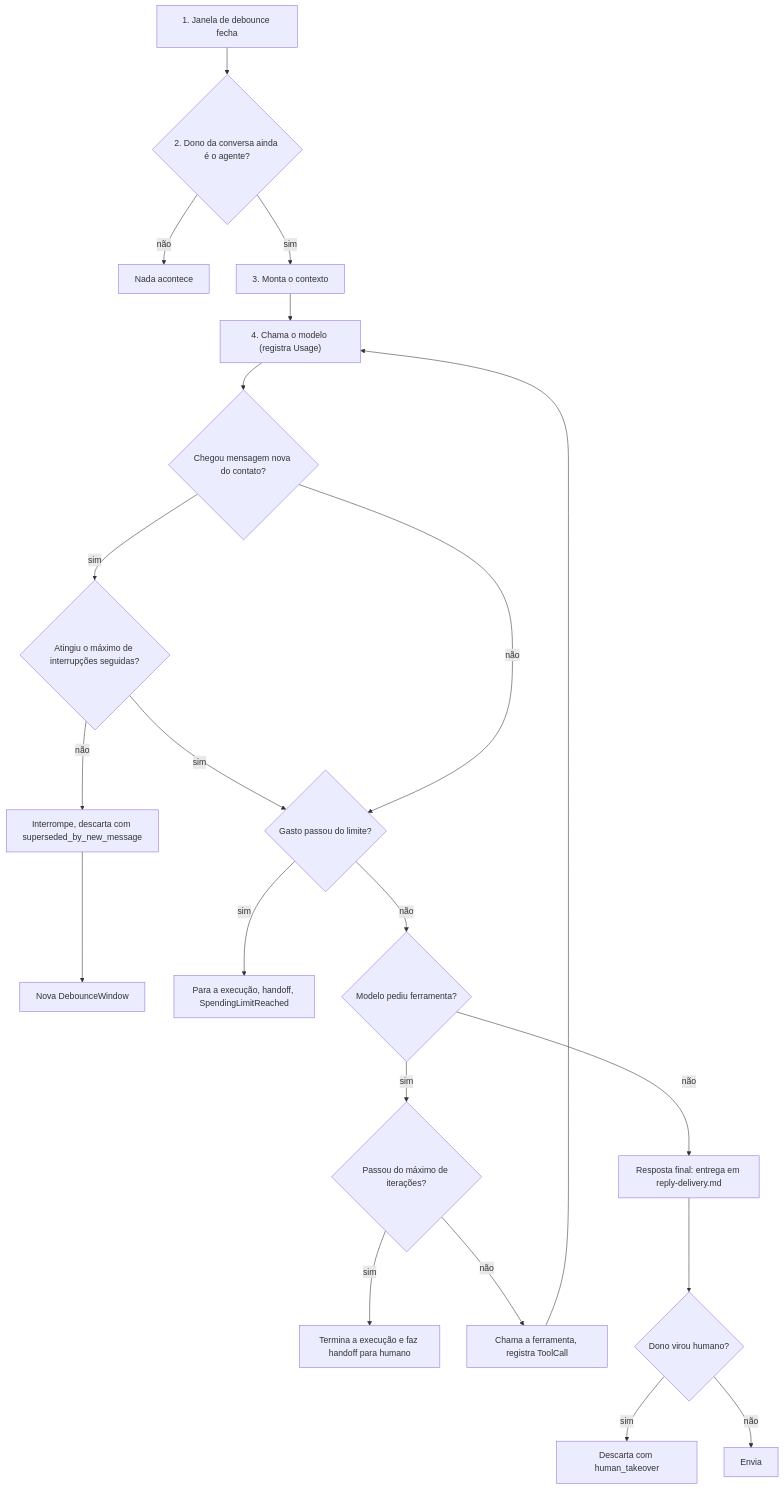
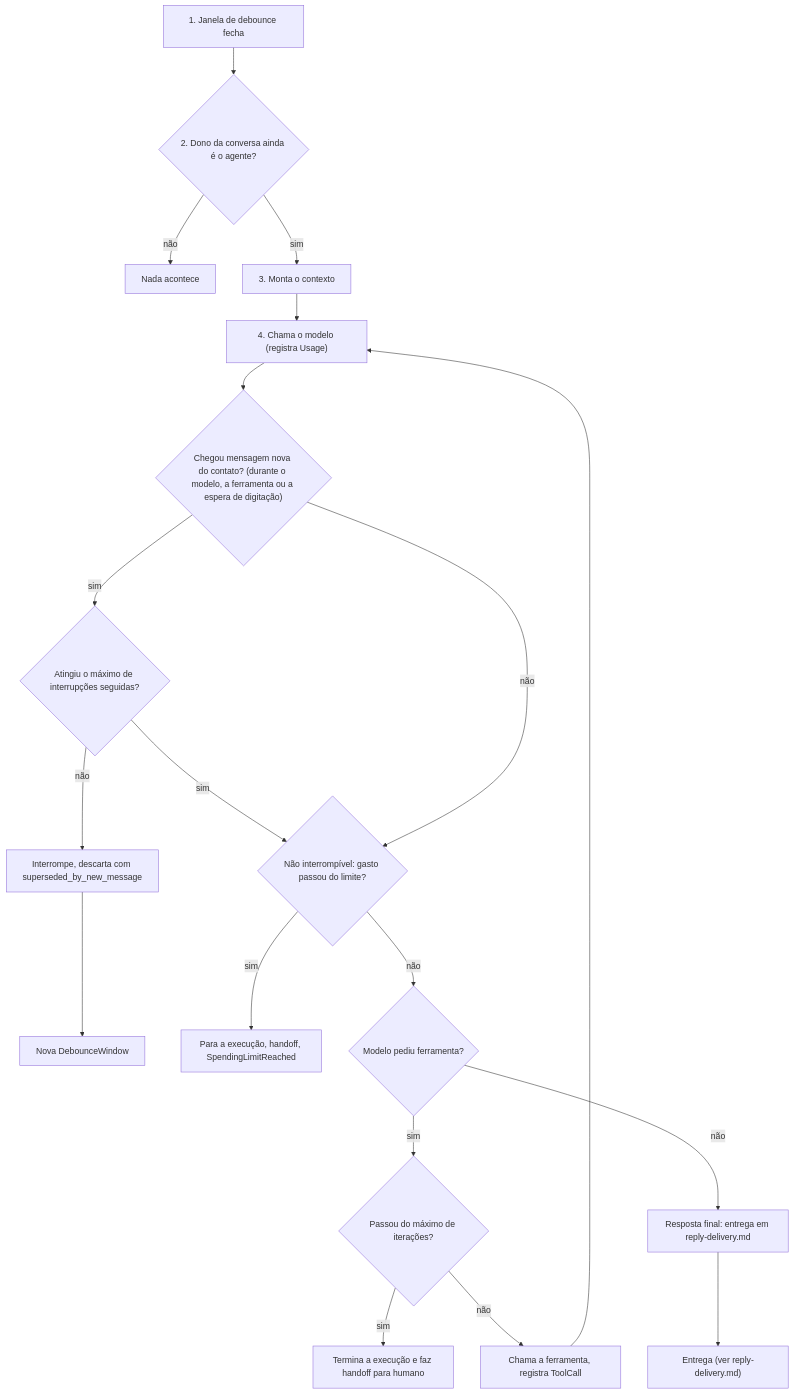
The diagram in documents/processes/agent-run.md (Casmei/agent-desk), drawn with Mermaid before and after one commit. The commit also changed other lines of this file and 2 other files, not shown here.

Commit message:
docs: fix process flow gaps

````diff
--- a/documents/processes/agent-run.md
+++ b/documents/processes/agent-run.md
@@ -27,23 +27,21 @@
 ```mermaid
 flowchart TD
     A["1. Janela de debounce fecha"] --> B{"2. Dono da conversa ainda é o agente?"}
     B -- não --> Z["Nada acontece"]
     B -- sim --> C["3. Monta o contexto"]
     C --> D["4. Chama o modelo (registra Usage)"]
-    D --> E{"Chegou mensagem nova do contato?"}
+    D --> E{"Chegou mensagem nova do contato? (durante o modelo, a ferramenta ou a espera de digitação)"}
     E -- sim --> F{"Atingiu o máximo de interrupções seguidas?"}
     F -- não --> G["Interrompe, descarta com superseded_by_new_message"]
     G --> H["Nova DebounceWindow"]
-    F -- sim --> I{"Gasto passou do limite?"}
+    F -- sim --> I{"Não interrompível: gasto passou do limite?"}
     E -- não --> I
     I -- sim --> J["Para a execução, handoff, SpendingLimitReached"]
     I -- não --> K{"Modelo pediu ferramenta?"}
     K -- sim --> L{"Passou do máximo de iterações?"}
     L -- sim --> M["Termina a execução e faz handoff para humano"]
     L -- não --> N["Chama a ferramenta, registra ToolCall"]
     N --> D
     K -- não --> O["Resposta final: entrega em reply-delivery.md"]
-    O --> P{"Dono virou humano?"}
-    P -- sim --> Q["Descarta com human_takeover"]
-    P -- não --> R["Envia"]
+    O --> P["Entrega (ver reply-delivery.md)"]
 ```
````
